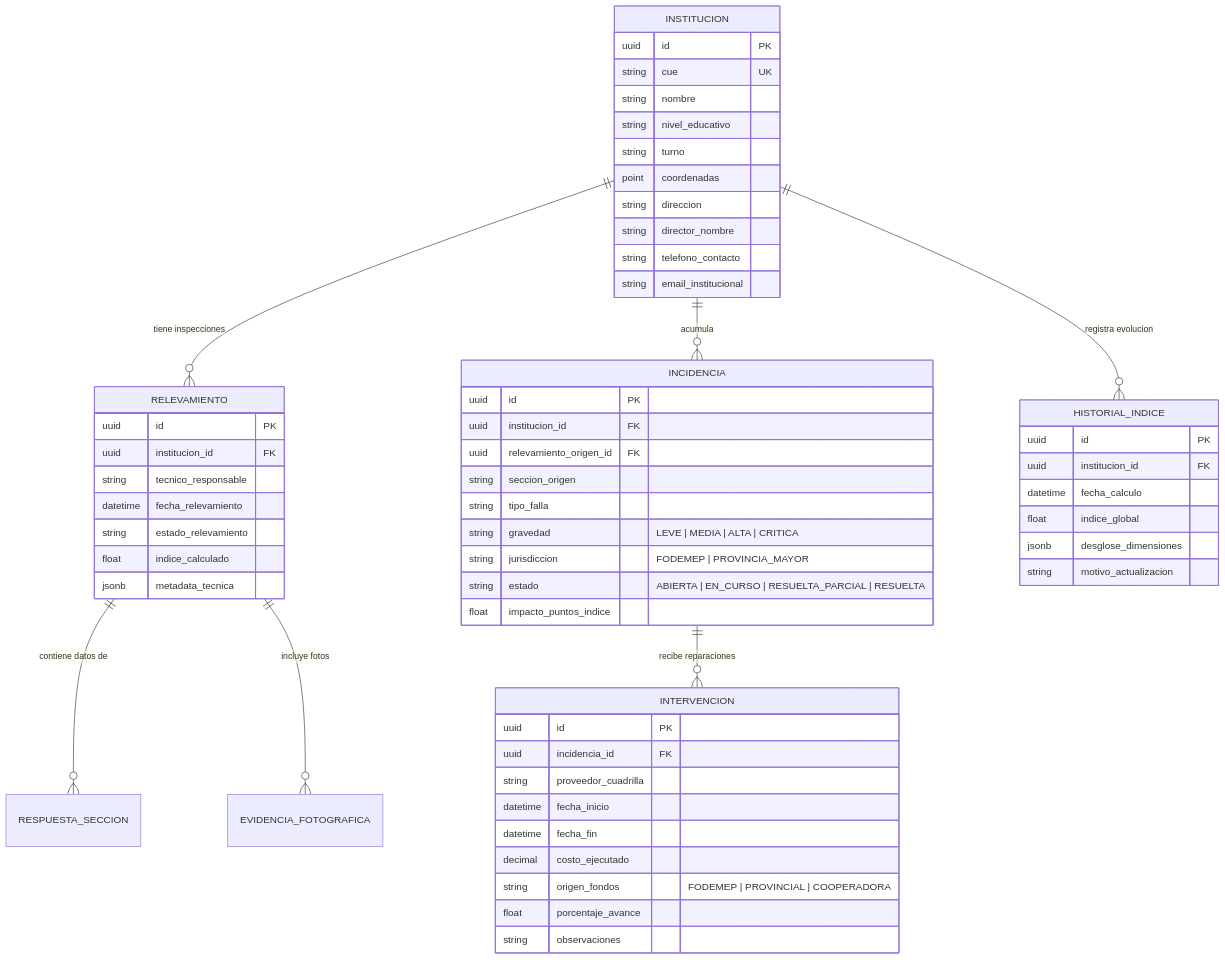
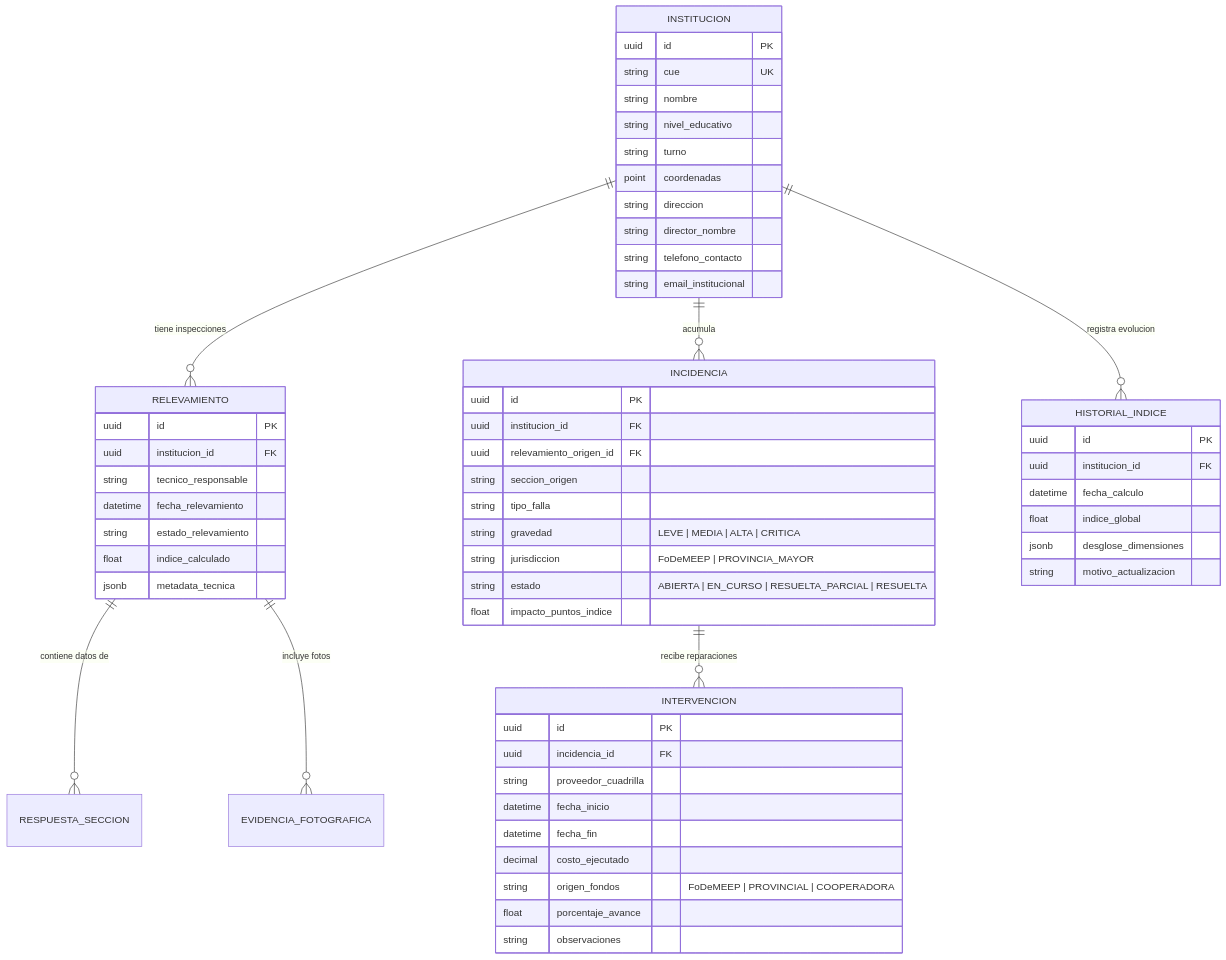
The second of 2 diagrams in ARQUITECTURA_SISTEMA_FODEMEP.md (Direccion-de-Estadistica-Rio-Cuarto/FoDeMEEP-RCU), drawn with Mermaid before and after one commit. The commit also changed other lines of this file and 18 other files, not shown here.

Commit message:
chore: renombrar FODEMEP por FoDeMEEP en todo el proyecto

````diff
--- a/ARQUITECTURA_SISTEMA_FODEMEP.md
+++ b/ARQUITECTURA_SISTEMA_FODEMEP.md
@@ -104,65 +104,65 @@
 ```mermaid
 erDiagram
     INSTITUCION ||--o{ RELEVAMIENTO : "tiene inspecciones"
     INSTITUCION ||--o{ INCIDENCIA : "acumula"
     RELEVAMIENTO ||--o{ RESPUESTA_SECCION : "contiene datos de"
     RELEVAMIENTO ||--o{ EVIDENCIA_FOTOGRAFICA : "incluye fotos"
     INCIDENCIA ||--o{ INTERVENCION : "recibe reparaciones"
     INSTITUCION ||--o{ HISTORIAL_INDICE : "registra evolucion"
 
     INSTITUCION {
         uuid id PK
         string cue UK
         string nombre
         string nivel_educativo
         string turno
         point coordenadas
         string direccion
         string director_nombre
         string telefono_contacto
         string email_institucional
     }
 
     RELEVAMIENTO {
         uuid id PK
         uuid institucion_id FK
         string tecnico_responsable
         datetime fecha_relevamiento
         string estado_relevamiento
         float indice_calculado
         jsonb metadata_tecnica
     }
 
     INCIDENCIA {
         uuid id PK
         uuid institucion_id FK
         uuid relevamiento_origen_id FK
         string seccion_origen
         string tipo_falla
         string gravedad "LEVE | MEDIA | ALTA | CRITICA"
-        string jurisdiccion "FODEMEP | PROVINCIA_MAYOR"
+        string jurisdiccion "FoDeMEEP | PROVINCIA_MAYOR"
         string estado "ABIERTA | EN_CURSO | RESUELTA_PARCIAL | RESUELTA"
         float impacto_puntos_indice
     }
 
     INTERVENCION {
         uuid id PK
         uuid incidencia_id FK
         string proveedor_cuadrilla
         datetime fecha_inicio
         datetime fecha_fin
         decimal costo_ejecutado
-        string origen_fondos "FODEMEP | PROVINCIAL | COOPERADORA"
+        string origen_fondos "FoDeMEEP | PROVINCIAL | COOPERADORA"
         float porcentaje_avance
         string observaciones
     }
 
     HISTORIAL_INDICE {
         uuid id PK
         uuid institucion_id FK
         datetime fecha_calculo
         float indice_global
         jsonb desglose_dimensiones
         string motivo_actualizacion
     }
 ```
````
